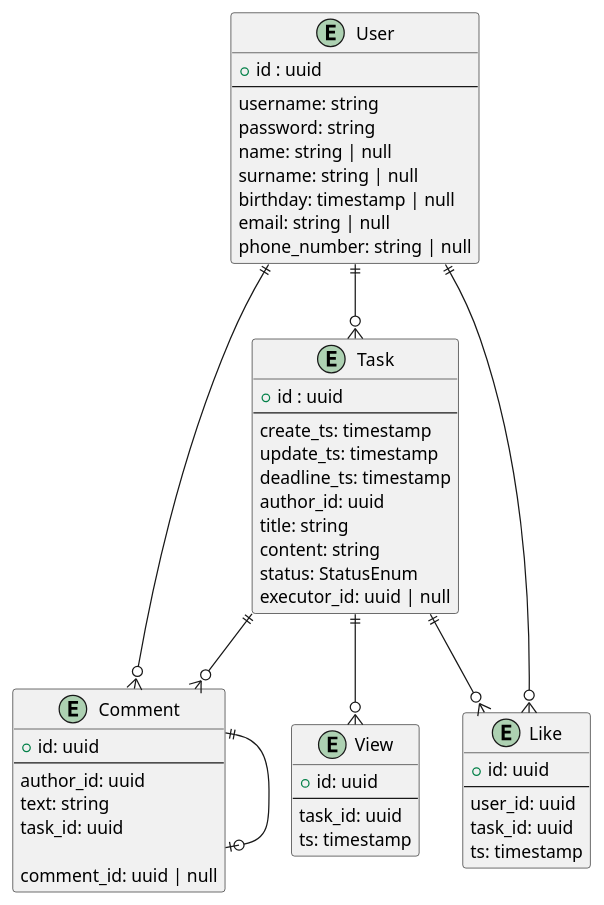
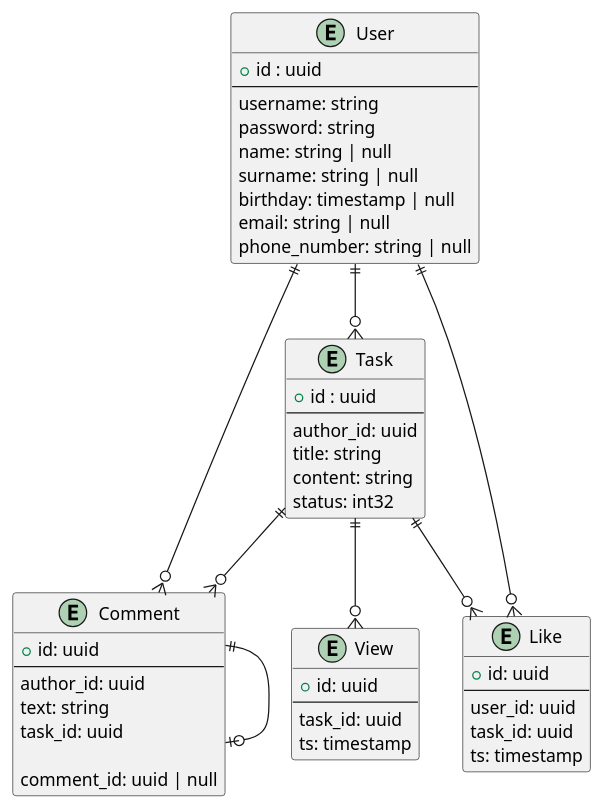
Before and after one commit to Baalaandaa/hse_task_tracker: the diagram in docs/er-diagram.puml, drawn with PlantUML. The commit also changed 22 other files, not shown here.

```diff
--- a/docs/er-diagram.puml
+++ b/docs/er-diagram.puml
@@ -1,63 +1,59 @@
 @startuml
 
 entity "User" as user {
   + id : uuid
   --
   username: string
   password: string
   name: string | null
   surname: string | null
   birthday: timestamp | null
   email: string | null
   phone_number: string | null
 }
 
 entity "Task" as task {
   + id : uuid
   --
-  create_ts: timestamp
-  update_ts: timestamp
-  deadline_ts: timestamp
   author_id: uuid
   title: string
   content: string
-  status: StatusEnum
-  executor_id: uuid | null
+  status: int32
 }
 
 entity "Comment" as comment {
   + id: uuid
   --
   author_id: uuid
   text: string
   task_id: uuid
 
   comment_id: uuid | null
 }
 
 entity "Like" as like {
   + id: uuid
   --
   user_id: uuid
   task_id: uuid
   ts: timestamp
 }
 
 entity "View" as view {
   + id: uuid
   --
   task_id: uuid
   ts: timestamp
 }
 
 user ||--o{ task
 user ||--o{ like
 
 user ||--o{ comment
 comment ||--o| comment
 task ||--o{ comment
 
 task ||--o{ like
 task ||--o{ view
 
 @enduml
```
